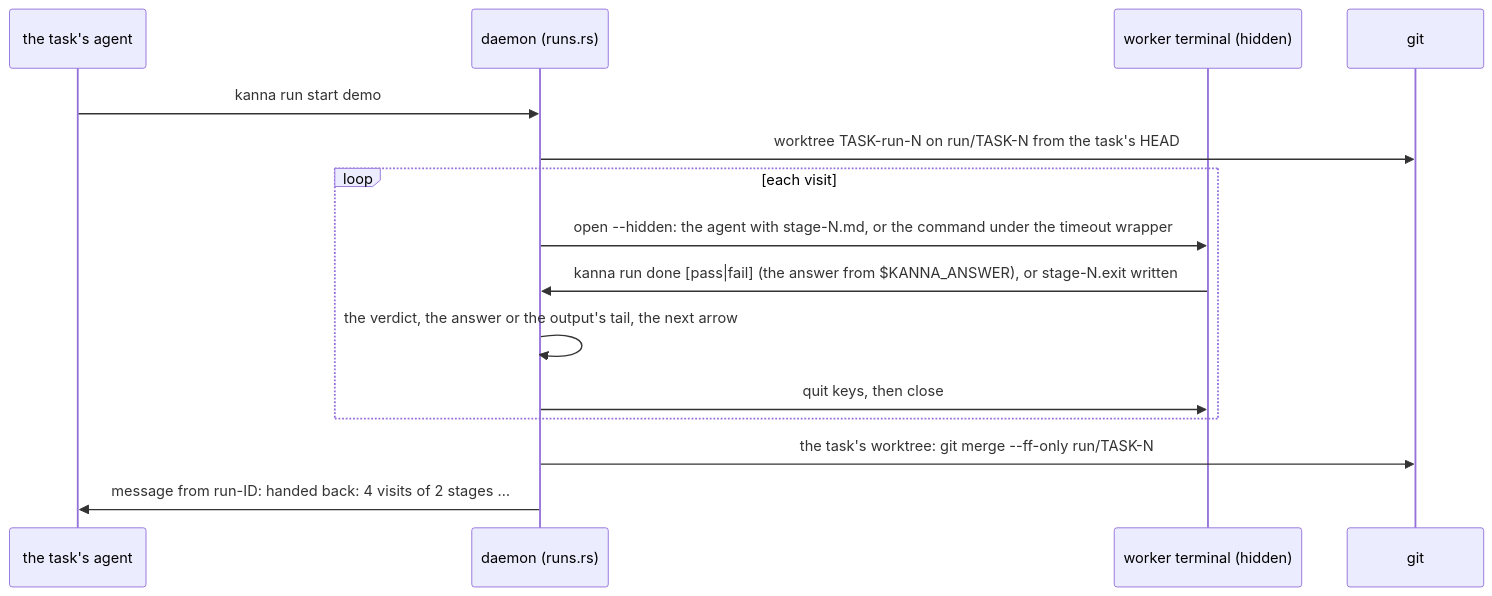
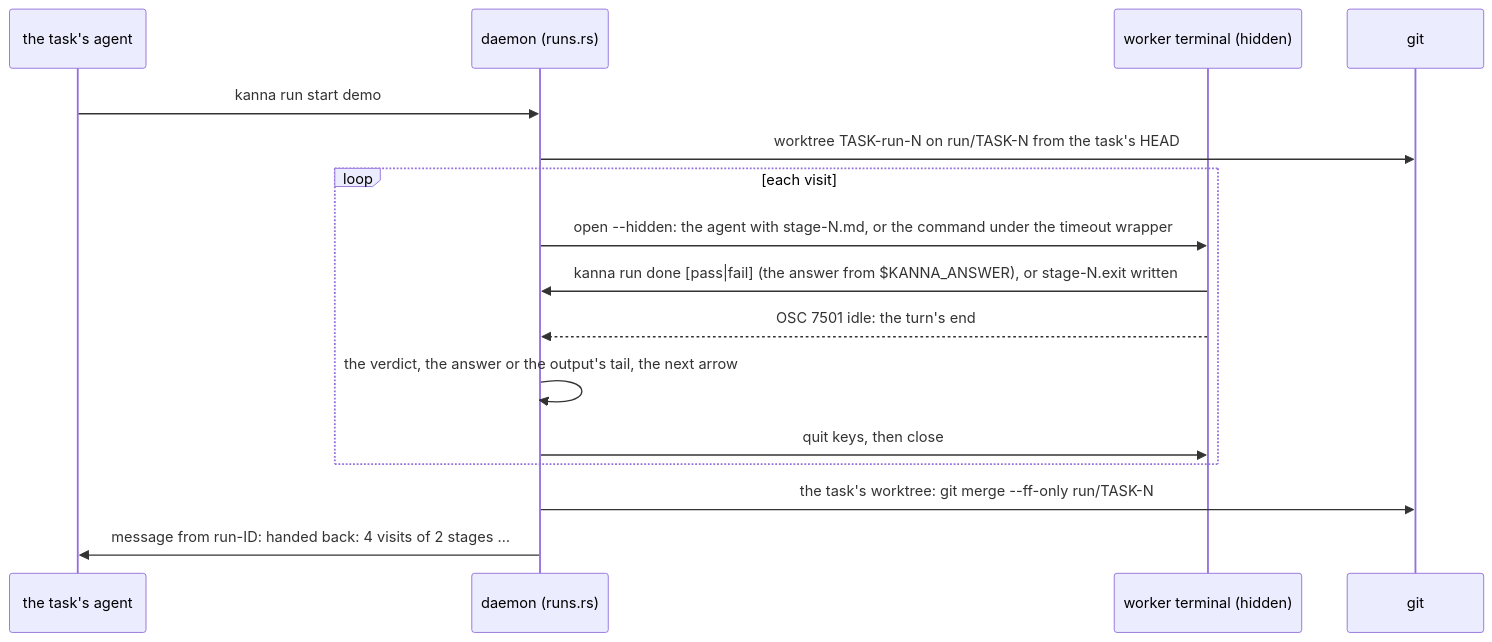
The fifth of 5 diagrams in docs/specs/software-factory.md (tampopogk/kanna), drawn with Mermaid before and after one commit. The commit also changed other lines of this file and 13 other files, not shown here.

````diff
--- a/docs/specs/software-factory.md
+++ b/docs/specs/software-factory.md
@@ -161,17 +161,18 @@
 ```mermaid
 sequenceDiagram
     participant A as the task's agent
     participant D as daemon (runs.rs)
     participant W as worker terminal (hidden)
     participant G as git
     A->>D: kanna run start demo
     D->>G: worktree TASK-run-N on run/TASK-N from the task's HEAD
     loop each visit
         D->>W: open --hidden: the agent with stage-N.md, or the command under the timeout wrapper
         W->>D: kanna run done [pass|fail] (the answer from $KANNA_ANSWER), or stage-N.exit written
+        W-->>D: OSC 7501 idle: the turn's end
         D->>D: the verdict, the answer or the output's tail, the next arrow
         D->>W: quit keys, then close
     end
     D->>G: the task's worktree: git merge --ff-only run/TASK-N
     D->>A: message from run-ID: handed back: 4 visits of 2 stages …
 ```
````
